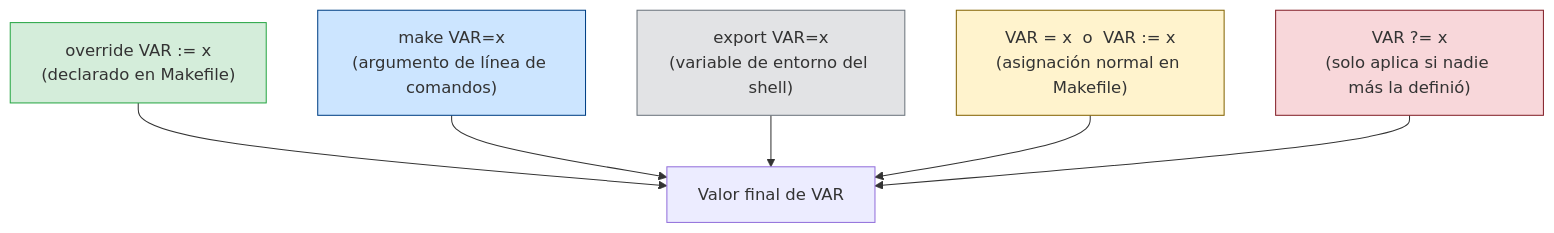
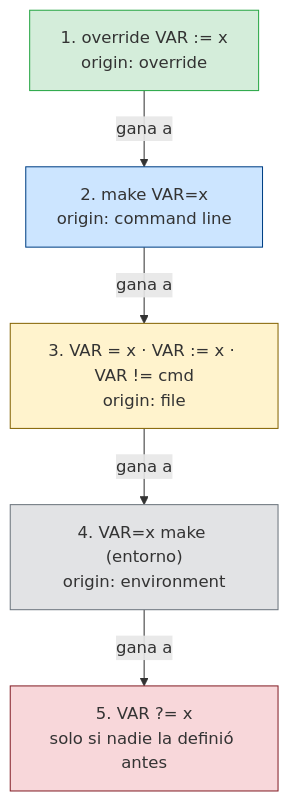
Before and after one commit to ergrato-dev/bc-makefile: the diagram in bootcamp/week-02-variables_y_expansion/0-assets/03-precedencia-variables.md, drawn with Mermaid. The commit also changed other lines of this file and 90 other files, not shown here.

````diff
--- a/bootcamp/week-02-variables_y_expansion/0-assets/03-precedencia-variables.md
+++ b/bootcamp/week-02-variables_y_expansion/0-assets/03-precedencia-variables.md
@@ -3,14 +3,14 @@
 ```mermaid
 graph TD
-    A["override VAR := x<br/>(declarado en Makefile)"] --> Z["Valor final de VAR"]
-    B["make VAR=x<br/>(argumento de línea de comandos)"] --> Z
-    C["export VAR=x<br/>(variable de entorno del shell)"] --> Z
-    D["VAR = x  o  VAR := x<br/>(asignación normal en Makefile)"] --> Z
-    E["VAR ?= x<br/>(solo aplica si nadie más la definió)"] --> Z
+    A["1. override VAR := x<br/>origin: override"] -->|"gana a"| B
+    B["2. make VAR=x<br/>origin: command line"] -->|"gana a"| C
+    C["3. VAR = x · VAR := x · VAR != cmd<br/>origin: file"] -->|"gana a"| D
+    D["4. VAR=x make (entorno)<br/>origin: environment"] -->|"gana a"| E
+    E["5. VAR ?= x<br/>solo si nadie la definió antes"]
 
     style A fill:#d4edda,stroke:#28a745
     style B fill:#cce5ff,stroke:#004085
-    style C fill:#e2e3e5,stroke:#6c757d
-    style D fill:#fff3cd,stroke:#856404
+    style C fill:#fff3cd,stroke:#856404
+    style D fill:#e2e3e5,stroke:#6c757d
     style E fill:#f8d7da,stroke:#842029
 ```
````
